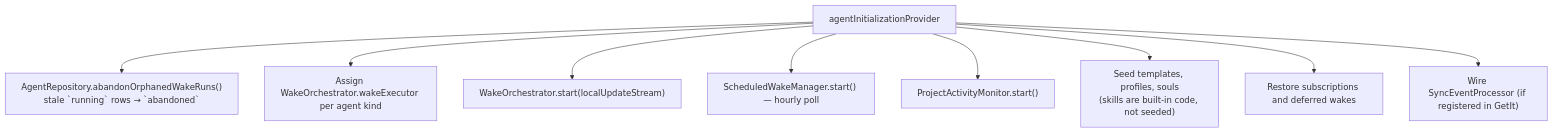
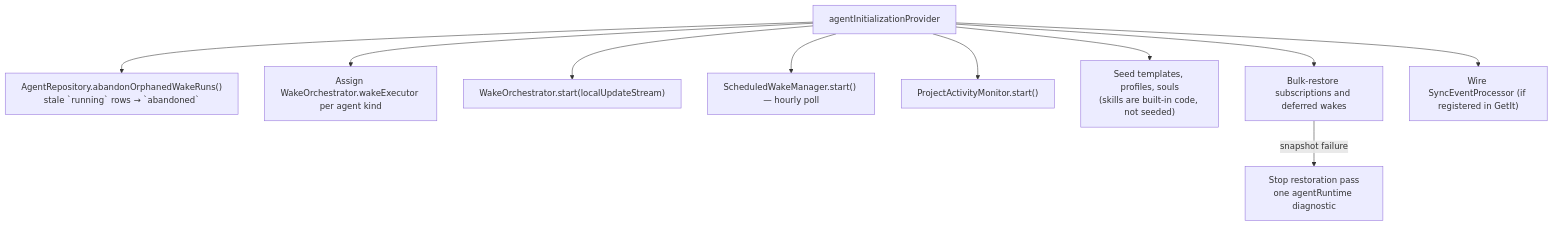
The second of 2 diagrams in knowledge/features/agents/overview.md (matthiasn/lotti), drawn with Mermaid before and after one commit. The commit also changed other lines of this file and 13 other files, not shown here.

Commit message:
fix: bound agent startup restoration

````diff
--- a/knowledge/features/agents/overview.md
+++ b/knowledge/features/agents/overview.md
@@ -84,12 +84,13 @@
 ```mermaid
 flowchart TD
   Init["agentInitializationProvider"]
   Init --> Abandon["AgentRepository.abandonOrphanedWakeRuns()<br/>stale `running` rows → `abandoned`"]
   Init --> Wire["Assign WakeOrchestrator.wakeExecutor per agent kind"]
   Init --> Start["WakeOrchestrator.start(localUpdateStream)"]
   Init --> Sched["ScheduledWakeManager.start() — hourly poll"]
   Init --> Activity["ProjectActivityMonitor.start()"]
   Init --> Seed["Seed templates, profiles, souls<br/>(skills are built-in code, not seeded)"]
-  Init --> Restore["Restore subscriptions and deferred wakes"]
+  Init --> Restore["Bulk-restore subscriptions and deferred wakes"]
+  Restore -->|snapshot failure| Abort["Stop restoration pass<br/>one agentRuntime diagnostic"]
   Init --> Sync["Wire SyncEventProcessor (if registered in GetIt)"]
 ```
````
